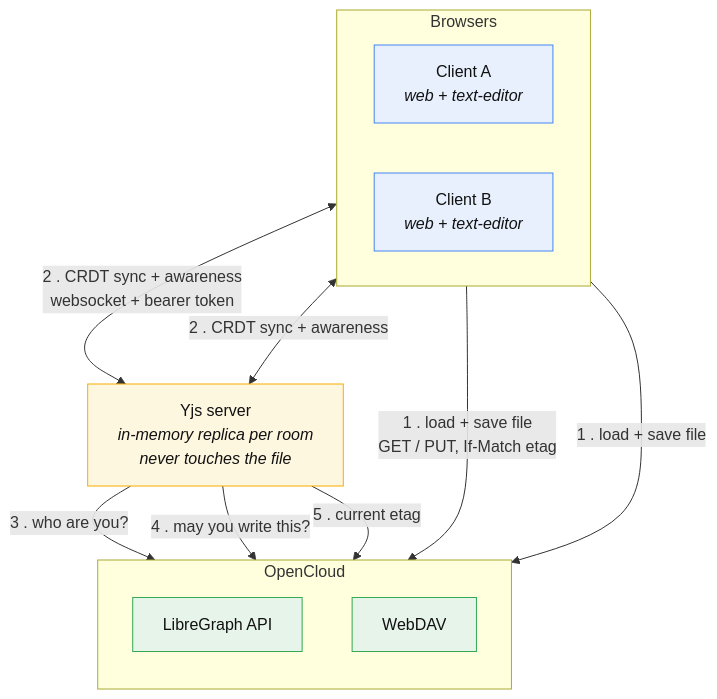
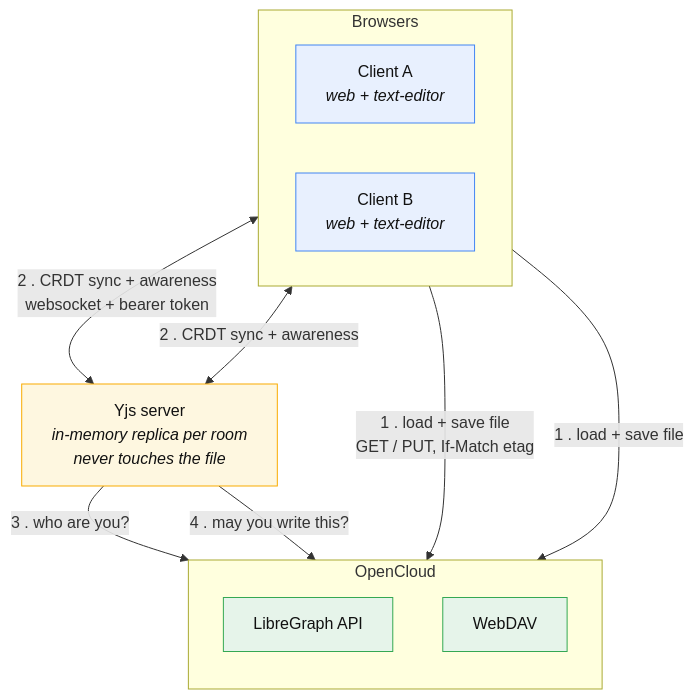
One commit to opencloud-eu/web changed the first of 6 diagrams in dev/docs/collaboration.md. Above: the diagram before and after it, drawn with Mermaid. The commit also changed other lines of this file and 3 other files, not shown here.

````diff
--- a/dev/docs/collaboration.md
+++ b/dev/docs/collaboration.md
@@ -11,31 +11,30 @@
 ```mermaid
 flowchart TB
     subgraph browsers["Browsers"]
         direction LR
         A["Client A<br/><i>web + text-editor</i>"]
         B["Client B<br/><i>web + text-editor</i>"]
     end
 
     subgraph oc["OpenCloud"]
         direction TB
         GRAPH["LibreGraph API"]
         DAV["WebDAV"]
     end
 
     HP["Yjs server<br/><i>in-memory replica per room</i><br/><i>never touches the file</i>"]
 
     A -->|"1 . load + save file<br/>GET / PUT, If-Match etag"| DAV
     B -->|"1 . load + save file"| DAV
     A <-->|"2 . CRDT sync + awareness<br/>websocket + bearer token"| HP
     B <-->|"2 . CRDT sync + awareness"| HP
     HP -->|"3 . who are you?"| GRAPH
     HP -->|"4 . may you write this?"| GRAPH
-    HP -->|"5 . current etag"| DAV
 
     classDef client fill:#e8f0fe,stroke:#4285f4,color:#111
     classDef server fill:#e6f4ea,stroke:#34a853,color:#111
     classDef side fill:#fef7e0,stroke:#f9ab00,color:#111
     class A,B client
     class GRAPH,DAV server
     class HP side
 ```
````
